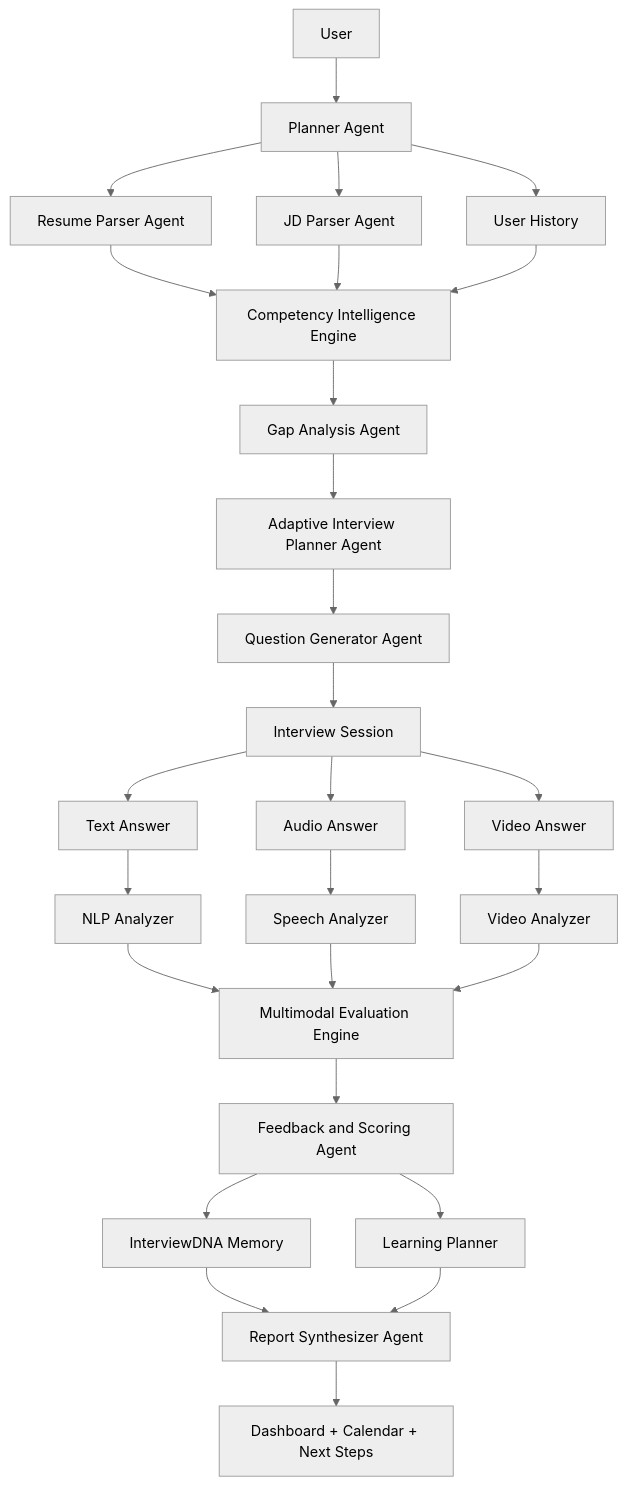
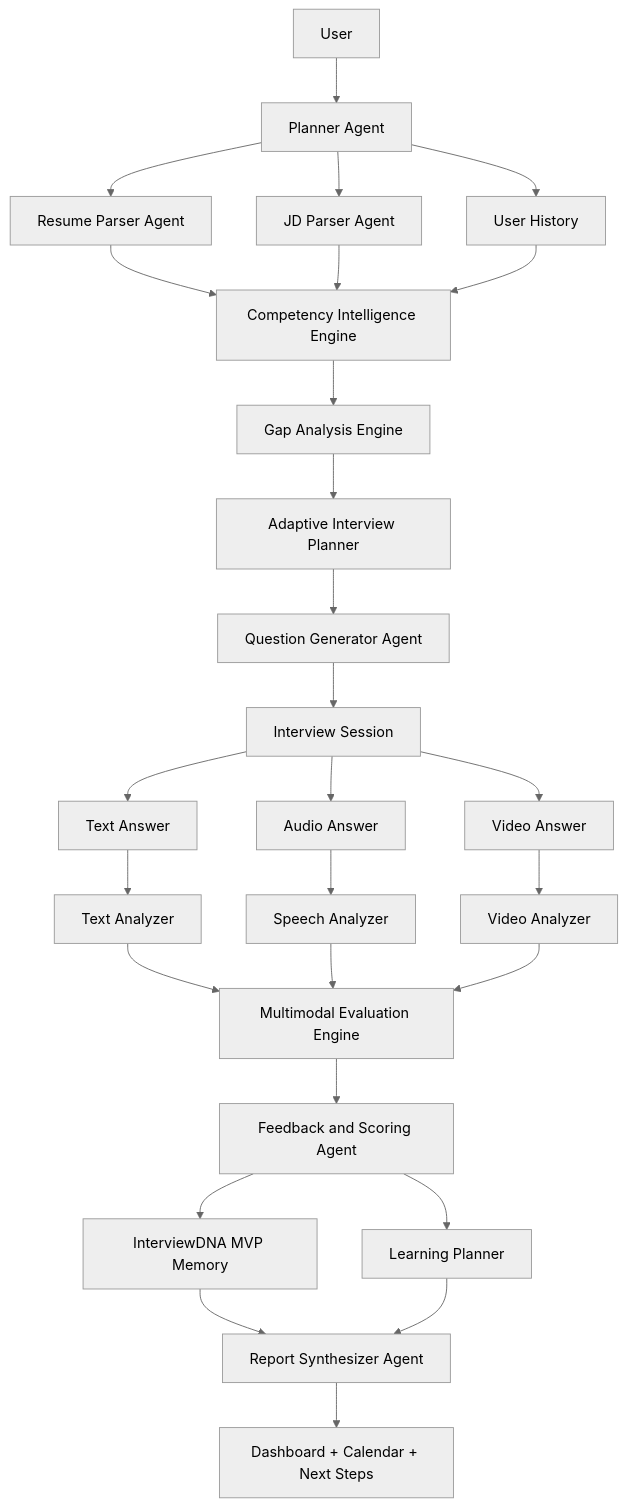
Before and after one commit to ravizf/Lumify: the first of 2 diagrams in docs/agent-workflow.md, drawn with Mermaid (neutral theme). The commit also changed other lines of this file and 15 other files, not shown here.

Commit message:
Complete Milestone 1 architecture and documentation

````diff
--- a/docs/agent-workflow.md
+++ b/docs/agent-workflow.md
@@ -8,29 +8,29 @@
 ```mermaid
 flowchart TD
   A[User] --> B[Planner Agent]
   B --> C[Resume Parser Agent]
   B --> D[JD Parser Agent]
   B --> E[User History]
   C --> F[Competency Intelligence Engine]
   D --> F
   E --> F
-  F --> G[Gap Analysis Agent]
-  G --> H[Adaptive Interview Planner Agent]
+  F --> G[Gap Analysis Engine]
+  G --> H[Adaptive Interview Planner]
   H --> I[Question Generator Agent]
   I --> J[Interview Session]
   J --> K[Text Answer]
   J --> L[Audio Answer]
   J --> M[Video Answer]
-  K --> N[NLP Analyzer]
+  K --> N[Text Analyzer]
   L --> O[Speech Analyzer]
   M --> P[Video Analyzer]
   N --> Q[Multimodal Evaluation Engine]
   O --> Q
   P --> Q
   Q --> R[Feedback and Scoring Agent]
-  R --> S[InterviewDNA Memory]
+  R --> S[InterviewDNA MVP Memory]
   R --> T[Learning Planner]
   S --> U[Report Synthesizer Agent]
   T --> U
   U --> V[Dashboard + Calendar + Next Steps]
 ```
````
